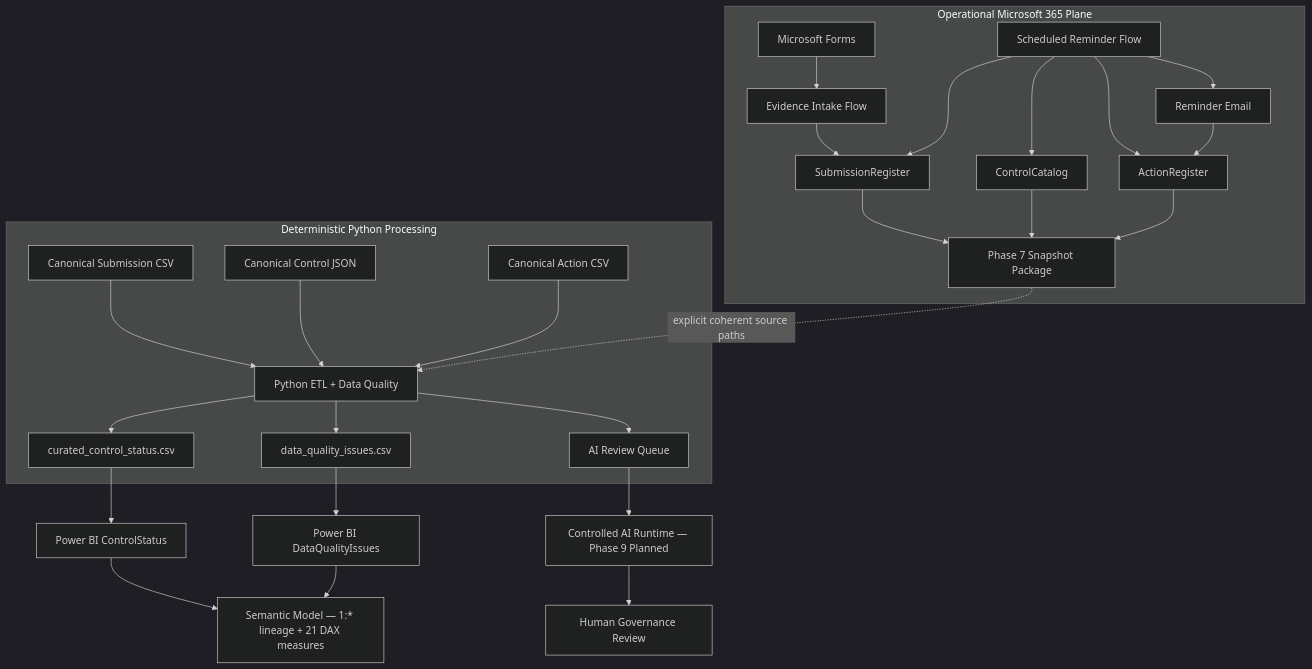
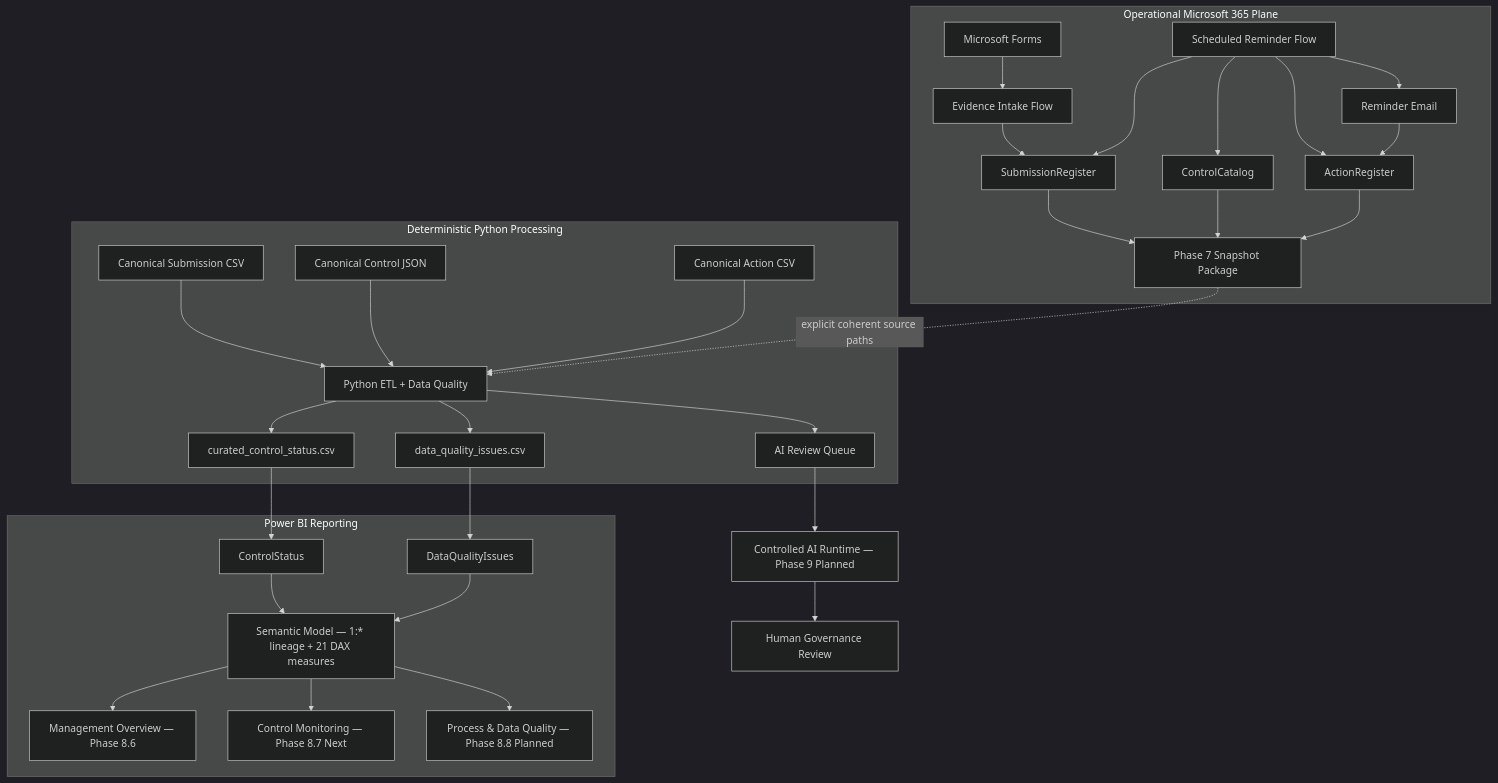
The diagram in README.md (gw-ai-security/cyber-governance-automation-lab), drawn with Mermaid (dark theme) before and after one commit. The commit also changed other lines of this file, not shown here.

Commit message:
docs: synchronize README through Phase 8.6

````diff
--- a/README.md
+++ b/README.md
@@ -81,32 +83,38 @@
 ```mermaid
 flowchart TD
     subgraph OP[Operational Microsoft 365 Plane]
         A[Microsoft Forms] --> B[Evidence Intake Flow]
         B --> C[SubmissionRegister]
         D[Scheduled Reminder Flow] --> C
         D --> E[ControlCatalog]
         D --> F[ActionRegister]
         D --> G[Reminder Email]
         G --> F
         C --> S[Phase 7 Snapshot Package]
         E --> S
         F --> S
     end
 
     subgraph PY[Deterministic Python Processing]
         H[Canonical Submission CSV] --> K[Python ETL + Data Quality]
         I[Canonical Control JSON] --> K
         J[Canonical Action CSV] --> K
         S -. explicit coherent source paths .-> K
         K --> L[curated_control_status.csv]
         K --> M[data_quality_issues.csv]
         K --> N[AI Review Queue]
     end
 
-    L --> P[Power BI ControlStatus]
-    M --> O[Power BI DataQualityIssues]
-    P --> R[Semantic Model — 1:* lineage + 21 DAX measures]
-    O --> R
+    subgraph BI[Power BI Reporting]
+        L --> P[ControlStatus]
+        M --> O[DataQualityIssues]
+        P --> R[Semantic Model — 1:* lineage + 21 DAX measures]
+        O --> R
+        R --> U[Management Overview — Phase 8.6]
+        R --> V[Control Monitoring — Phase 8.7 Next]
+        R --> W[Process & Data Quality — Phase 8.8 Planned]
+    end
+
     N --> Q[Controlled AI Runtime — Phase 9 Planned]
     Q --> T[Human Governance Review]
 ```
````
